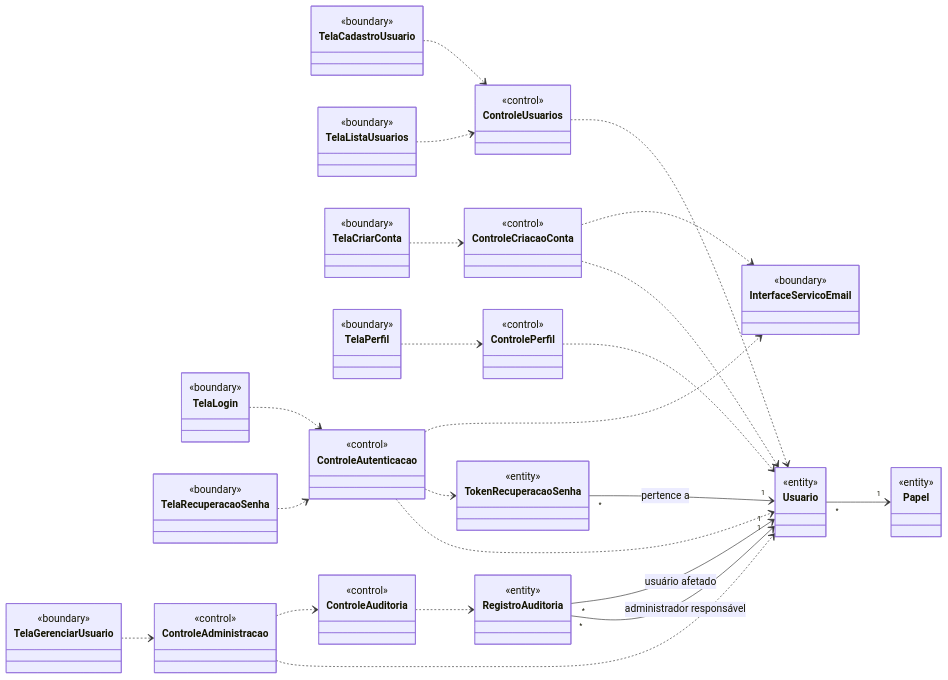
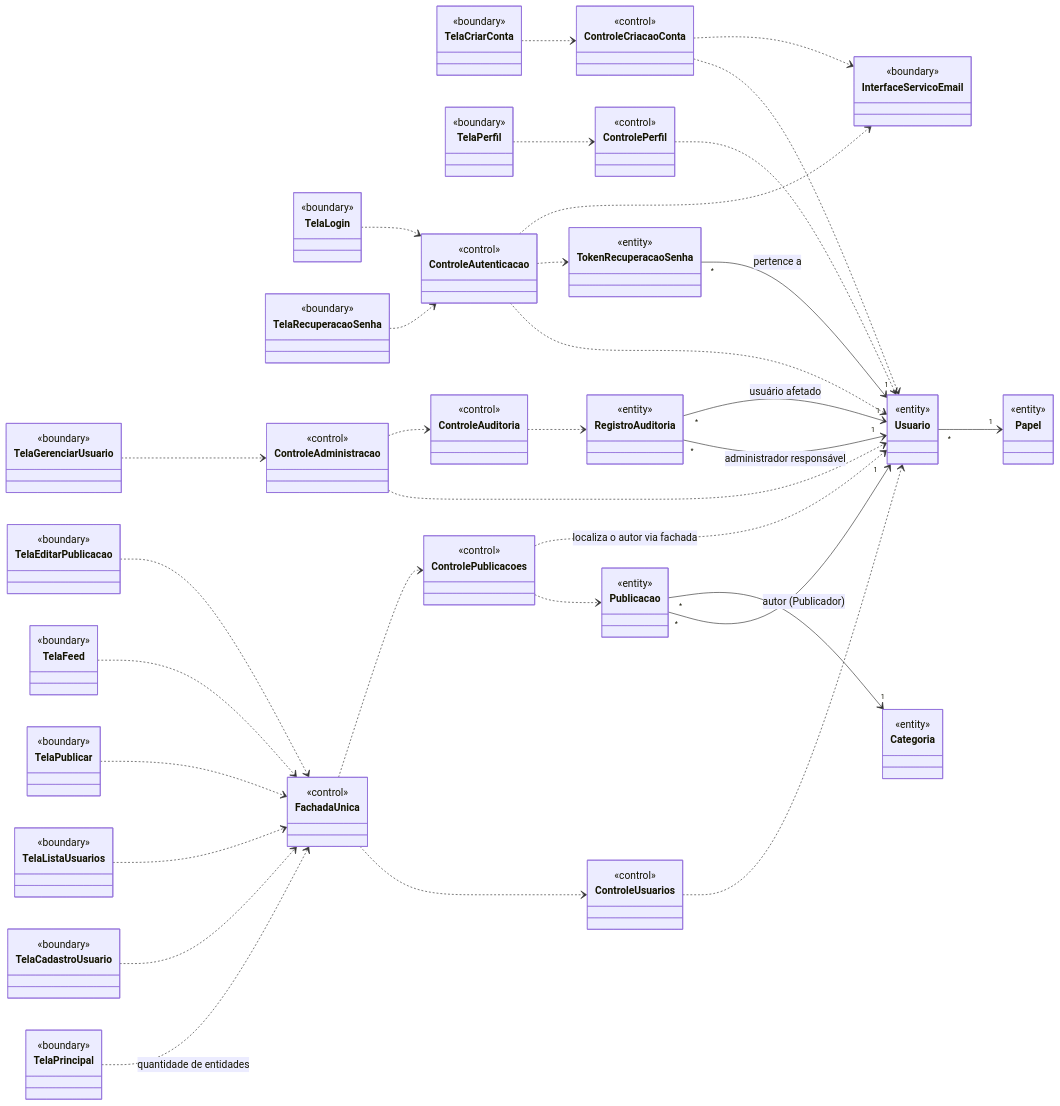
Before and after one commit to rodrigomfortes/informa-ci-mps: the diagram in docs/05-analise.md, drawn with Mermaid. The commit also changed other lines of this file and 7 other files, not shown here.

First line of the commit message:
docs(casos-de-uso): completar diagramas e detalhar UC01, UC14 e UC16

````diff
--- a/docs/05-analise.md
+++ b/docs/05-analise.md
@@ -7,49 +11,69 @@
 ```mermaid
 classDiagram
     direction LR
 
+    class TelaPrincipal { <<boundary>> }
     class TelaCadastroUsuario { <<boundary>> }
     class TelaListaUsuarios { <<boundary>> }
     class TelaLogin { <<boundary>> }
     class TelaCriarConta { <<boundary>> }
     class TelaRecuperacaoSenha { <<boundary>> }
     class TelaPerfil { <<boundary>> }
     class TelaGerenciarUsuario { <<boundary>> }
+    class TelaPublicar { <<boundary>> }
+    class TelaFeed { <<boundary>> }
+    class TelaEditarPublicacao { <<boundary>> }
     class InterfaceServicoEmail { <<boundary>> }
 
+    class FachadaUnica { <<control>> }
     class ControleUsuarios { <<control>> }
+    class ControlePublicacoes { <<control>> }
     class ControleAutenticacao { <<control>> }
     class ControleCriacaoConta { <<control>> }
     class ControlePerfil { <<control>> }
     class ControleAdministracao { <<control>> }
     class ControleAuditoria { <<control>> }
 
     class Usuario { <<entity>> }
     class Papel { <<entity>> }
+    class Publicacao { <<entity>> }
+    class Categoria { <<entity>> }
     class TokenRecuperacaoSenha { <<entity>> }
     class RegistroAuditoria { <<entity>> }
 
     Usuario "*" --> "1" Papel
+    Publicacao "*" --> "1" Usuario : autor (Publicador)
+    Publicacao "*" --> "1" Categoria
     TokenRecuperacaoSenha "*" --> "1" Usuario : pertence a
     RegistroAuditoria "*" --> "1" Usuario : administrador responsável
     RegistroAuditoria "*" --> "1" Usuario : usuário afetado
 
-    TelaCadastroUsuario ..> ControleUsuarios
-    TelaListaUsuarios ..> ControleUsuarios
+    TelaPrincipal ..> FachadaUnica : quantidade de entidades
+    TelaCadastroUsuario ..> FachadaUnica
+    TelaListaUsuarios ..> FachadaUnica
+    TelaPublicar ..> FachadaUnica
+    TelaFeed ..> FachadaUnica
+    TelaEditarPublicacao ..> FachadaUnica
+
+    FachadaUnica ..> ControleUsuarios
+    FachadaUnica ..> ControlePublicacoes
+
     TelaLogin ..> ControleAutenticacao
     TelaRecuperacaoSenha ..> ControleAutenticacao
     TelaCriarConta ..> ControleCriacaoConta
     TelaPerfil ..> ControlePerfil
     TelaGerenciarUsuario ..> ControleAdministracao
 
     ControleUsuarios ..> Usuario
+    ControlePublicacoes ..> Publicacao
+    ControlePublicacoes ..> Usuario : localiza o autor via fachada
     ControleAutenticacao ..> Usuario
     ControleAutenticacao ..> TokenRecuperacaoSenha
     ControleAutenticacao ..> InterfaceServicoEmail
     ControleCriacaoConta ..> Usuario
     ControleCriacaoConta ..> InterfaceServicoEmail
     ControlePerfil ..> Usuario
     ControleAdministracao ..> Usuario
     ControleAdministracao ..> ControleAuditoria
     ControleAuditoria ..> RegistroAuditoria
 ```
````
